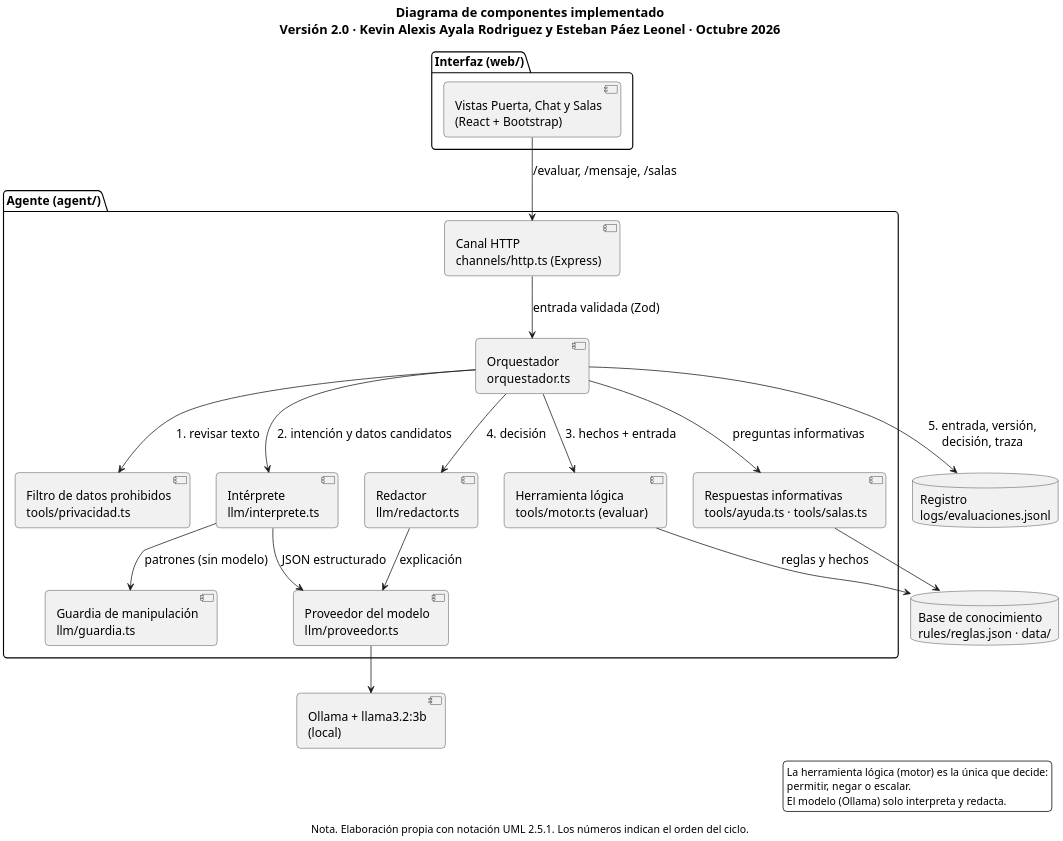
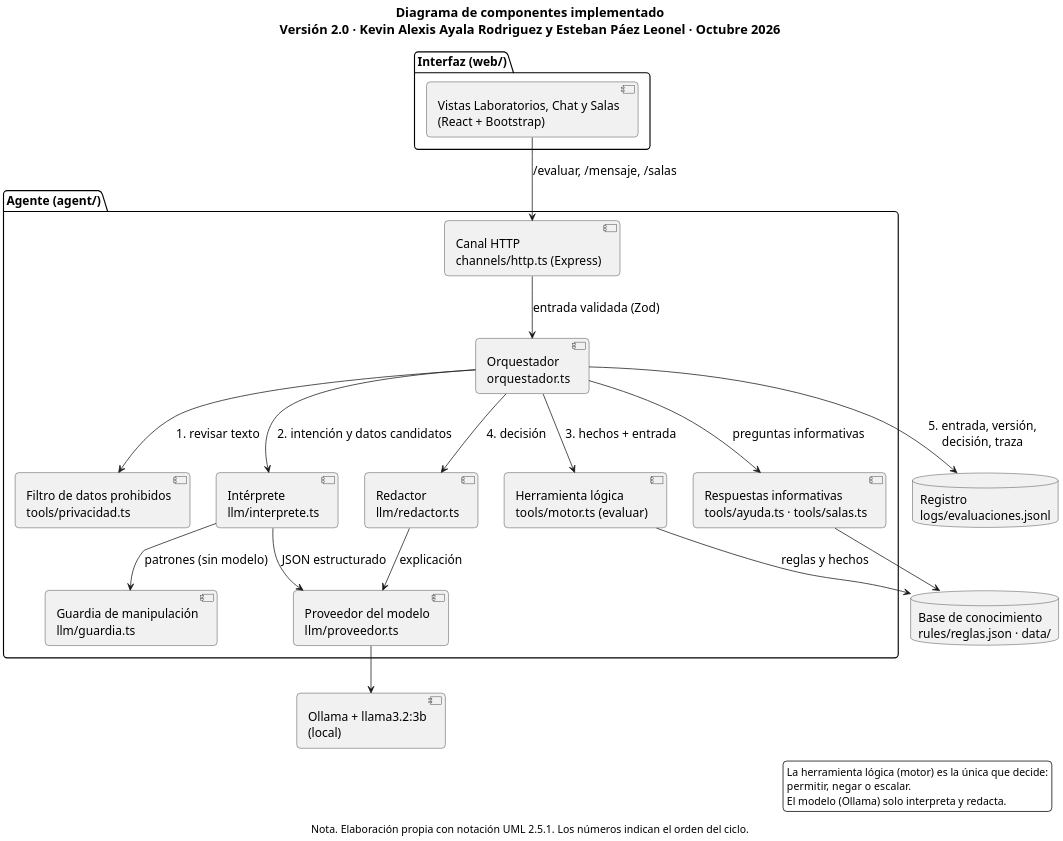
The diagram in docs/diagramas_v2/Figura5_componentes_v2.puml (Estebanpz/agente-guardian-labs), drawn with PlantUML before and after one commit. The commit also changed 17 other files, not shown here.

Commit message:
feat: interfaz de reservas en chat y vista de 16 salas con linea de tiempo

```diff
--- a/docs/diagramas_v2/Figura5_componentes_v2.puml
+++ b/docs/diagramas_v2/Figura5_componentes_v2.puml
@@ -1,52 +1,52 @@
 @startuml
 skinparam monochrome true
 skinparam defaultFontSize 16
 skinparam defaultFontName Arial
 skinparam titleFontSize 17
 skinparam backgroundColor white
 skinparam roundcorner 10
 skinparam shadowing false
 skinparam dpi 200
 
 title Diagrama de componentes implementado\nVersión 2.0 · Kevin Alexis Ayala Rodriguez y Esteban Páez Leonel · Octubre 2026
 
 package "Interfaz (web/)" {
-  component "Vistas Puerta, Chat y Salas\n(React + Bootstrap)" as UI
+  component "Vistas Laboratorios, Chat y Salas\n(React + Bootstrap)" as UI
 }
 package "Agente (agent/)" {
   component "Canal HTTP\nchannels/http.ts (Express)" as HTTP
   component "Orquestador\norquestador.ts" as ORQ
   component "Filtro de datos prohibidos\ntools/privacidad.ts" as PRIV
   component "Guardia de manipulación\nllm/guardia.ts" as GUA
   component "Intérprete\nllm/interprete.ts" as INT
   component "Redactor\nllm/redactor.ts" as RED
   component "Proveedor del modelo\nllm/proveedor.ts" as PROV
   component "Herramienta lógica\ntools/motor.ts (evaluar)" as MOT
   component "Respuestas informativas\ntools/ayuda.ts · tools/salas.ts" as AYU
 }
 component "Ollama + llama3.2:3b\n(local)" as LLM
 database "Base de conocimiento\nrules/reglas.json · data/" as KB
 database "Registro\nlogs/evaluaciones.jsonl" as LOG
 
 UI --> HTTP : /evaluar, /mensaje, /salas
 HTTP --> ORQ : entrada validada (Zod)
 ORQ --> PRIV : 1. revisar texto
 ORQ --> INT : 2. intención y datos candidatos
 INT --> GUA : patrones (sin modelo)
 INT --> PROV : JSON estructurado
 RED --> PROV : explicación
 PROV --> LLM
 ORQ --> MOT : 3. hechos + entrada
 MOT --> KB : reglas y hechos
 ORQ --> AYU : preguntas informativas
 AYU --> KB
 ORQ --> RED : 4. decisión
 ORQ --> LOG : 5. entrada, versión,\ndecisión, traza
 
 legend right
   La herramienta lógica (motor) es la única que decide:
   permitir, negar o escalar.
   El modelo (Ollama) solo interpreta y redacta.
 endlegend
 caption Nota. Elaboración propia con notación UML 2.5.1. Los números indican el orden del ciclo.
 @enduml
```
